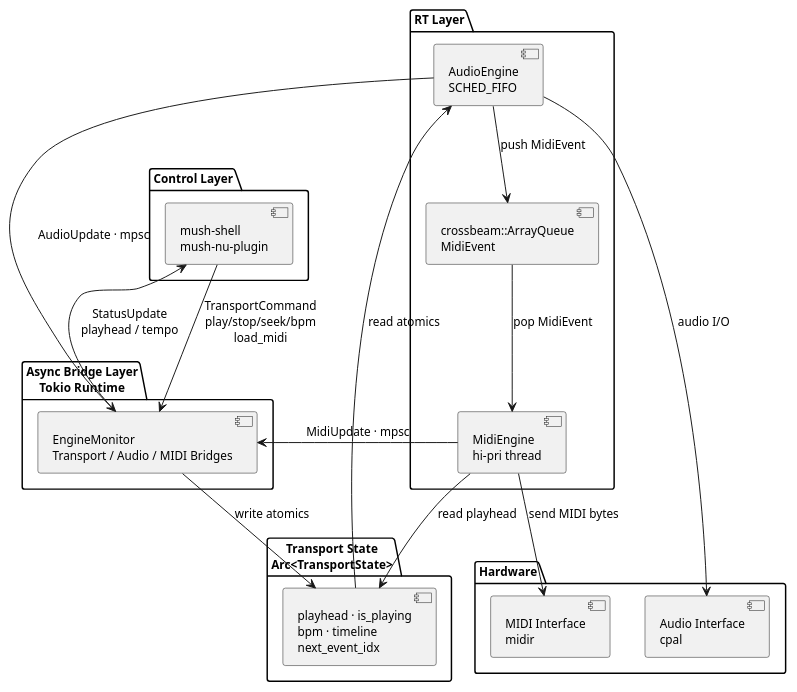
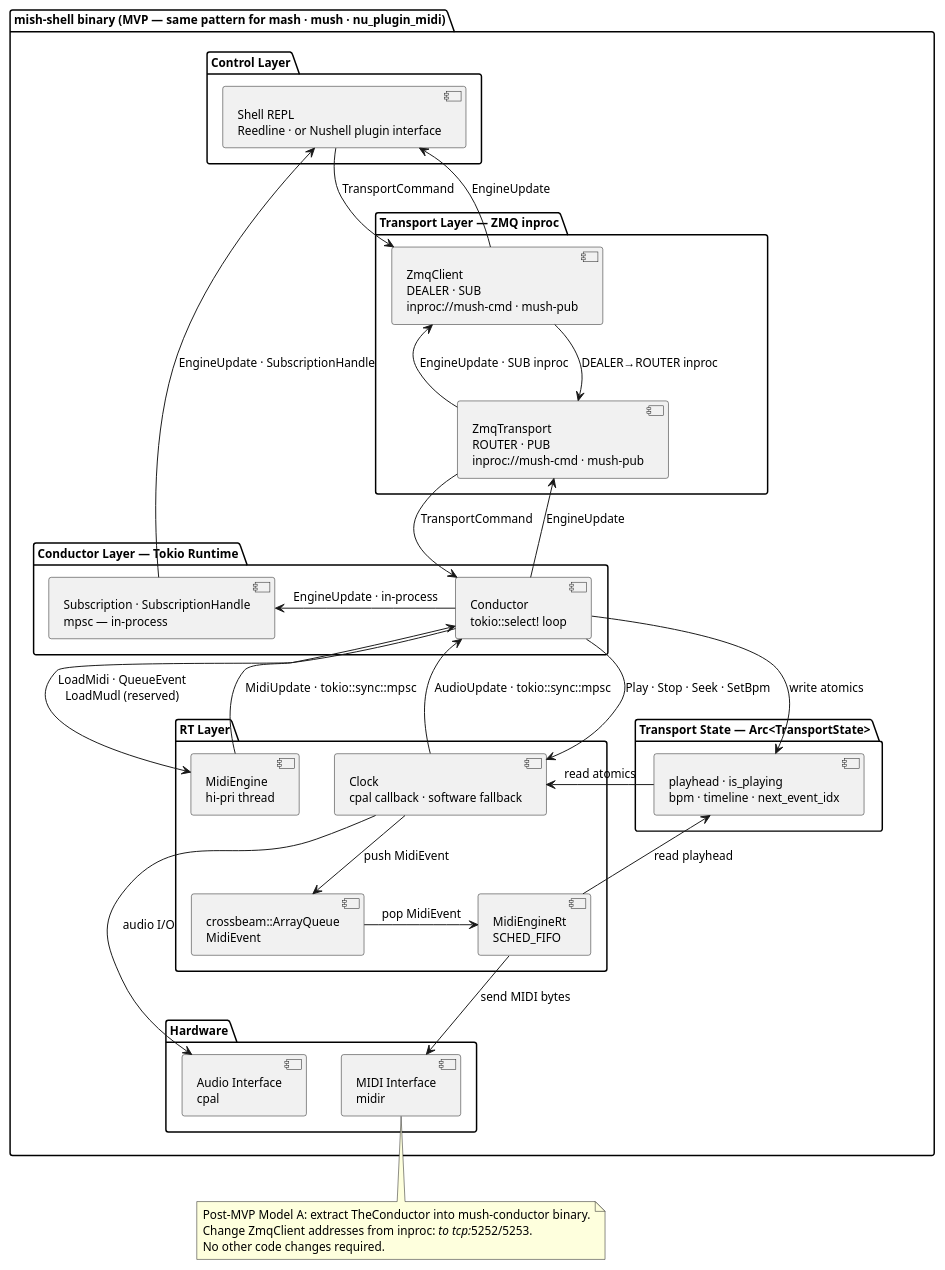
One commit to drumsandwires/mush changed the diagram in docs/local-arch.puml. Above: the diagram before and after it, drawn with PlantUML. The commit also changed 12 other files, not shown here.

Commit message:
feat: Adds Conductor, Subscription channel, and TransportCommand extensions (6)

```diff
--- a/docs/local-arch.puml
+++ b/docs/local-arch.puml
@@ -1,47 +1,75 @@
-@startuml mush_architecture_simplified
+@startuml mush_architecture
 
 skinparam defaultFontName "JetBrains Mono"
 skinparam defaultFontSize 12
-' skinparam linetype ortho
+top to bottom direction
 
-package "Control Layer" {
-    component [mush-shell\nmush-nu-plugin] as SHELL
+package "mish-shell binary (MVP — same pattern for mash · mush · nu_plugin_midi)" {
+
+    package "Control Layer" {
+        component [Shell REPL\nReedline · or Nushell plugin interface] as SHELL
+    }
+
+    package "Transport Layer — ZMQ inproc" {
+        component [ZmqClient\nDEALER · SUB\ninproc://mush-cmd · mush-pub] as ZMQC
+        component [ZmqTransport\nROUTER · PUB\ninproc://mush-cmd · mush-pub] as ZMQS
+    }
+
+    package "Conductor Layer — Tokio Runtime" {
+        component [Conductor\ntokio::select! loop] as TC
+        component [Subscription · SubscriptionHandle\nmpsc — in-process] as SUB
+    }
+
+    package "Transport State — Arc<TransportState>" {
+        component [playhead · is_playing\nbpm · timeline · next_event_idx] as TE
+    }
+
+    package "RT Layer" {
+        component [Clock\ncpal callback · software fallback] as CLK
+        component [MidiEngine\nhi-pri thread] as ME
+        component [MidiEngineRt\nSCHED_FIFO] as MERT
+        component [crossbeam::ArrayQueue\nMidiEvent] as LFQ
+    }
+
+    package "Hardware" {
+        component [Audio Interface\ncpal] as AI
+        component [MIDI Interface\nmidir] as MI
+    }
+
+    ' Command path — downward
+    SHELL -d-> ZMQC : TransportCommand
+    ZMQC  -d-> ZMQS : DEALER→ROUTER inproc
+
+    ' Conductor receives and dispatches
+    ZMQS -d-> TC  : TransportCommand
+    TC   -d-> TE  : write atomics
+    TC   -r-> ME  : LoadMidi · QueueEvent\nLoadMudl (reserved)
+    TC   -l-> CLK : Play · Stop · Seek · SetBpm
+
+    ' RT execution path
+    TE   -d-> CLK  : read atomics
+    CLK  -d-> LFQ  : push MidiEvent
+    LFQ  -r-> MERT : pop MidiEvent
+    MERT -u-> TE   : read playhead
+    CLK  -d-> AI   : audio I/O
+    MERT -d-> MI   : send MIDI bytes
+
+    ' Status path — upward to conductor
+    CLK -u-> TC : AudioUpdate · tokio::sync::mpsc
+    ME  -u-> TC : MidiUpdate  · tokio::sync::mpsc
+
+    ' Conductor fan-out — upward to shell
+    TC   -u-> ZMQS : EngineUpdate
+    ZMQS -u-> ZMQC : EngineUpdate · SUB inproc
+    ZMQC -u-> SHELL : EngineUpdate
+    TC   -r-> SUB  : EngineUpdate · in-process
+    SUB  -u-> SHELL : EngineUpdate · SubscriptionHandle
 }
 
-package "Async Bridge Layer\nTokio Runtime" {
-    component [EngineMonitor\nTransport / Audio / MIDI Bridges] as EM
-}
-
-package "Transport State\nArc<TransportState>" {
-    component [playhead · is_playing\nbpm · timeline\nnext_event_idx] as TE
-}
-
-package "RT Layer" {
-    component [AudioEngine\nSCHED_FIFO] as AE
-    component [MidiEngine\nhi-pri thread] as ME
-    component [crossbeam::ArrayQueue\nMidiEvent] as LFQ
-}
-
-package "Hardware" {
-    component [Audio Interface\ncpal] as AI
-    component [MIDI Interface\nmidir] as MI
-}
-
-' Command path
-SHELL --> EM  : TransportCommand\nplay/stop/seek/bpm\nload_midi
-EM    --> TE  : write atomics
-
-' RT execution path
-TE  --> AE  : read atomics
-AE  --> LFQ : push MidiEvent
-LFQ --> ME  : pop MidiEvent
-ME  --> TE  : read playhead
-AE  --> AI  : audio I/O
-ME  --> MI  : send MIDI bytes
-
-' Status path
-AE --> EM : AudioUpdate · mpsc
-ME --> EM : MidiUpdate · mpsc
-EM --> SHELL : StatusUpdate\nplayhead / tempo
+note bottom
+  Post-MVP Model A: extract TheConductor into mush-conductor binary.
+  Change ZmqClient addresses from inproc:// to tcp://5252/5253.
+  No other code changes required.
+end note
 
 @enduml
```
